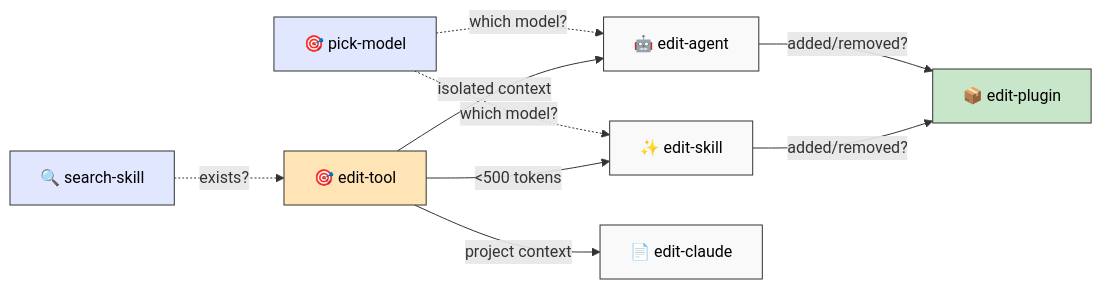
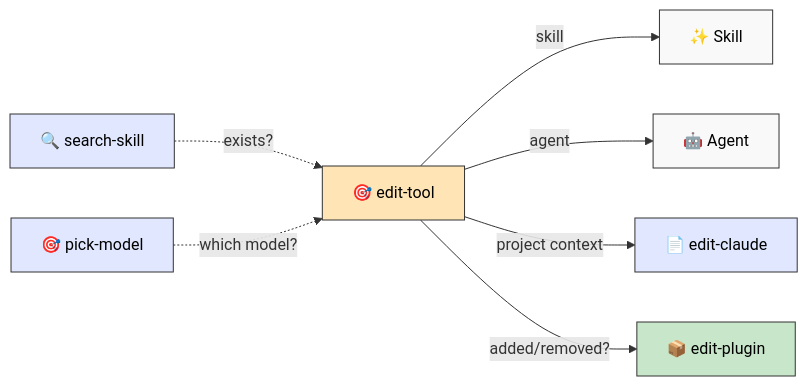
One commit to digital-stoic-org/agent-skills changed the tenth of 10 diagrams in README-full.md. Above: the diagram before and after it, drawn with Mermaid. The commit also changed other lines of this file and 9 other files, not shown here.

````diff
--- a/README-full.md
+++ b/README-full.md
@@ -415,20 +415,20 @@
 ```mermaid
 flowchart LR
     search["🔍 search-skill"] -.->|"exists?"| edit["🎯 edit-tool"]
-    edit -->|"<500 tokens"| skill["✨ edit-skill"]
-    edit -->|"isolated context"| agent["🤖 edit-agent"]
+    edit -->|"skill"| skill["✨ Skill"]
+    edit -->|"agent"| agent["🤖 Agent"]
     edit -->|"project context"| claude["📄 edit-claude"]
 
-    pick["🎯 pick-model"] -.->|"which model?"| skill & agent
+    pick["🎯 pick-model"] -.->|"which model?"| edit
 
-    skill & agent -->|"added/removed?"| plugin["📦 edit-plugin"]
+    edit -->|"added/removed?"| plugin["📦 edit-plugin"]
 
     classDef router fill:#FFE4B5,stroke:#333,color:#000
-    classDef editor fill:#f9f9f9,stroke:#333,color:#000
+    classDef output fill:#f9f9f9,stroke:#333,color:#000
     classDef support fill:#E0E7FF,stroke:#333,color:#000
     classDef post fill:#C8E6C9,stroke:#333,color:#000
     class edit router
-    class skill,agent,claude editor
-    class search,pick support
+    class skill,agent output
+    class claude,search,pick support
     class plugin post
 ```
````
